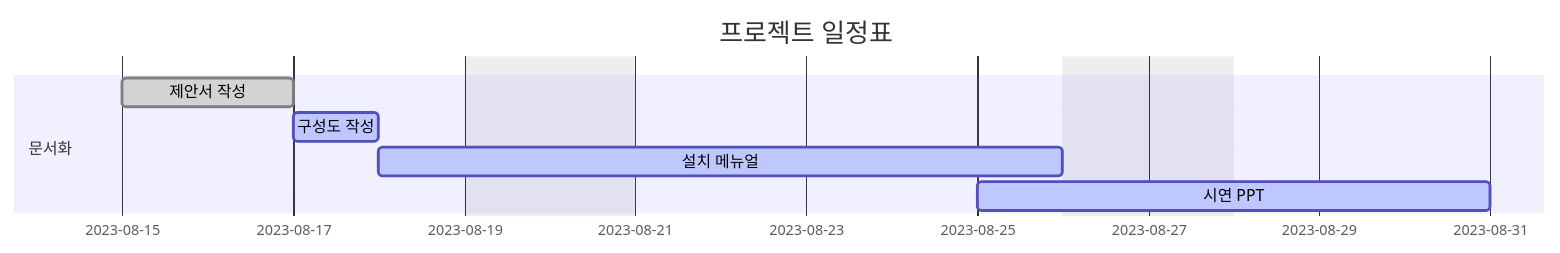
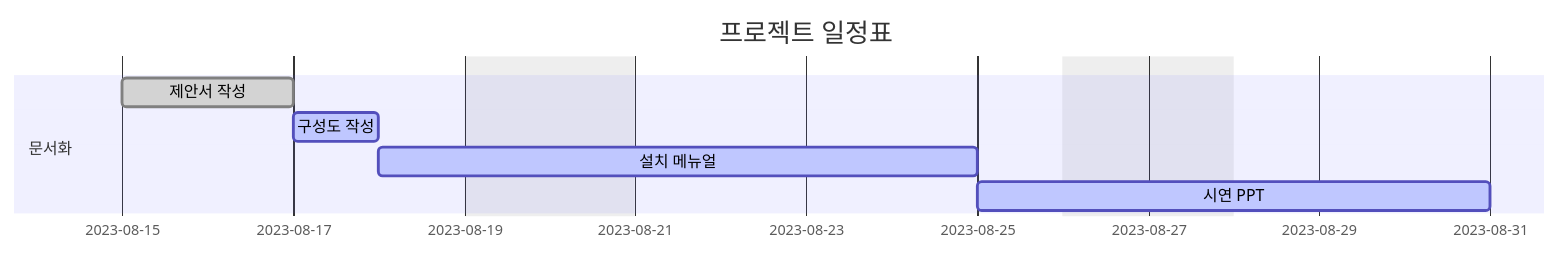
The diagram in README.md (LOFL404/project1), drawn with Mermaid before and after one commit.

````diff
--- a/README.md
+++ b/README.md
@@ -1,16 +1,16 @@
 ```mermaid
 gantt
     dateFormat  YYYY-MM-DD
     axisFormat  %Y-%m-%d
     title       프로젝트 일정표
     excludes    weekends saturday,sunday
     
     section 문서화
     제안서 작성     :done,    a, 2023-08-15, 2d
     구성도 작성     :active,  b, 2023-08-17, 1d
-    설치 메뉴얼     :active,  c, 2023-08-18, 6d
+    설치 메뉴얼     :active,  c, 2023-08-18, 5d
     시연 PPT        :active,  d, 2023-08-25, 4d
 
     section 구현
     
 ```
````
